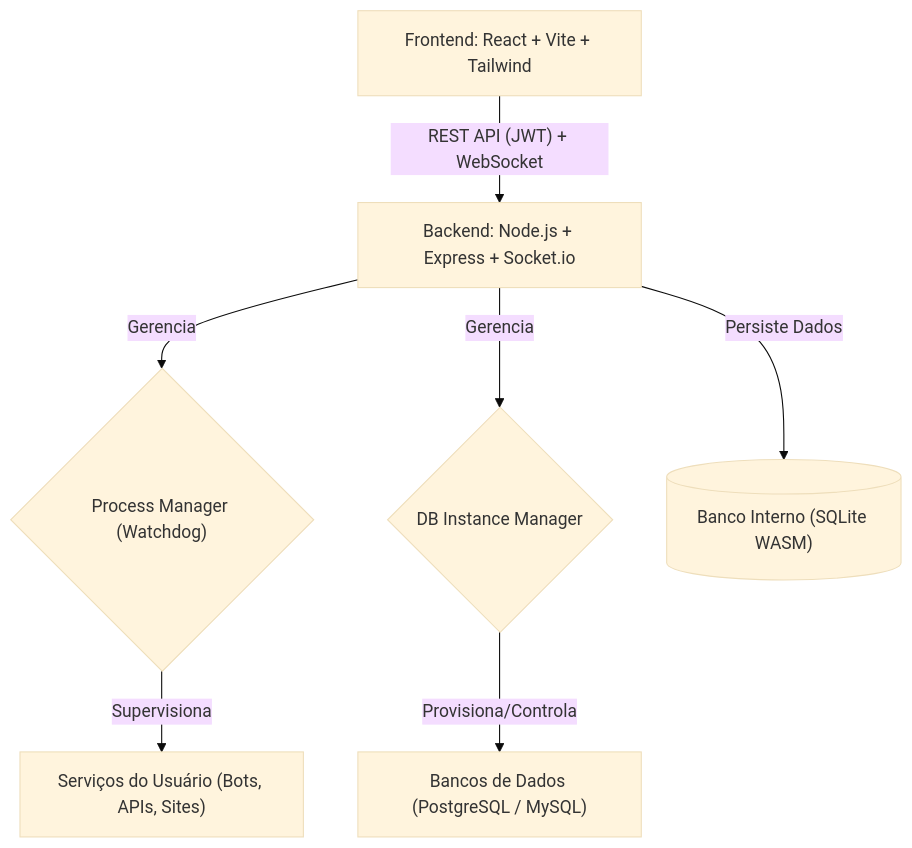
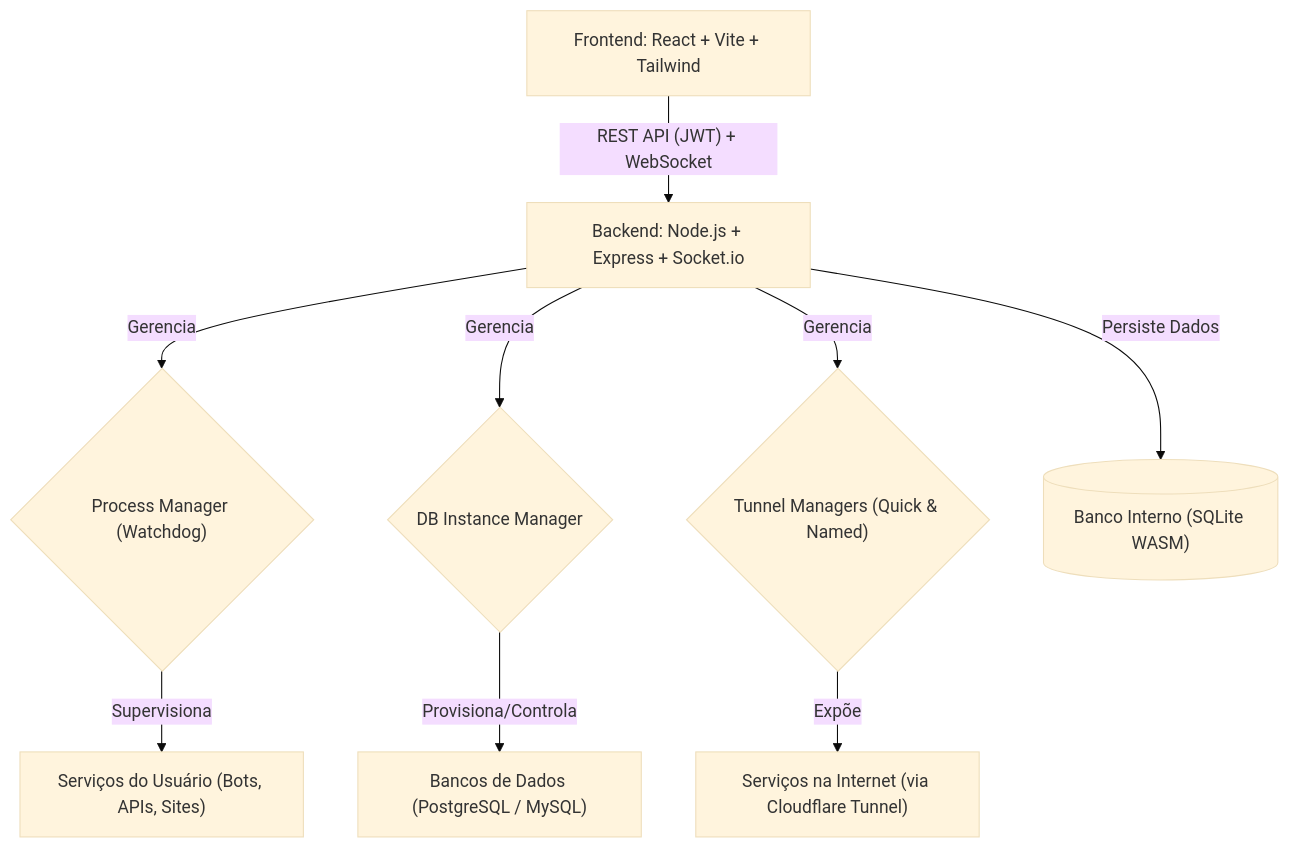
One commit to theeussx/pterodroid changed the diagram in README.md. Above: the diagram before and after it, drawn with Mermaid (base theme). The commit also changed other lines of this file, not shown here.

````diff
--- a/README.md
+++ b/README.md
@@ -64,9 +93,11 @@
 ```mermaid
 graph TD
     A[Frontend: React + Vite + Tailwind] -- REST API (JWT) + WebSocket --> B[Backend: Node.js + Express + Socket.io]
     B -- Gerencia --> C{"Process Manager (Watchdog)"}
     B -- Gerencia --> D{"DB Instance Manager"}
+    B -- Gerencia --> H{"Tunnel Managers (Quick & Named)"}
     C -- Supervisiona --> E["Serviços do Usuário (Bots, APIs, Sites)"]
     D -- Provisiona/Controla --> F["Bancos de Dados (PostgreSQL / MySQL)"]
+    H -- Expõe --> I["Serviços na Internet (via Cloudflare Tunnel)"]
     B -- Persiste Dados --> G[("Banco Interno (SQLite WASM)")]
 ```
````
